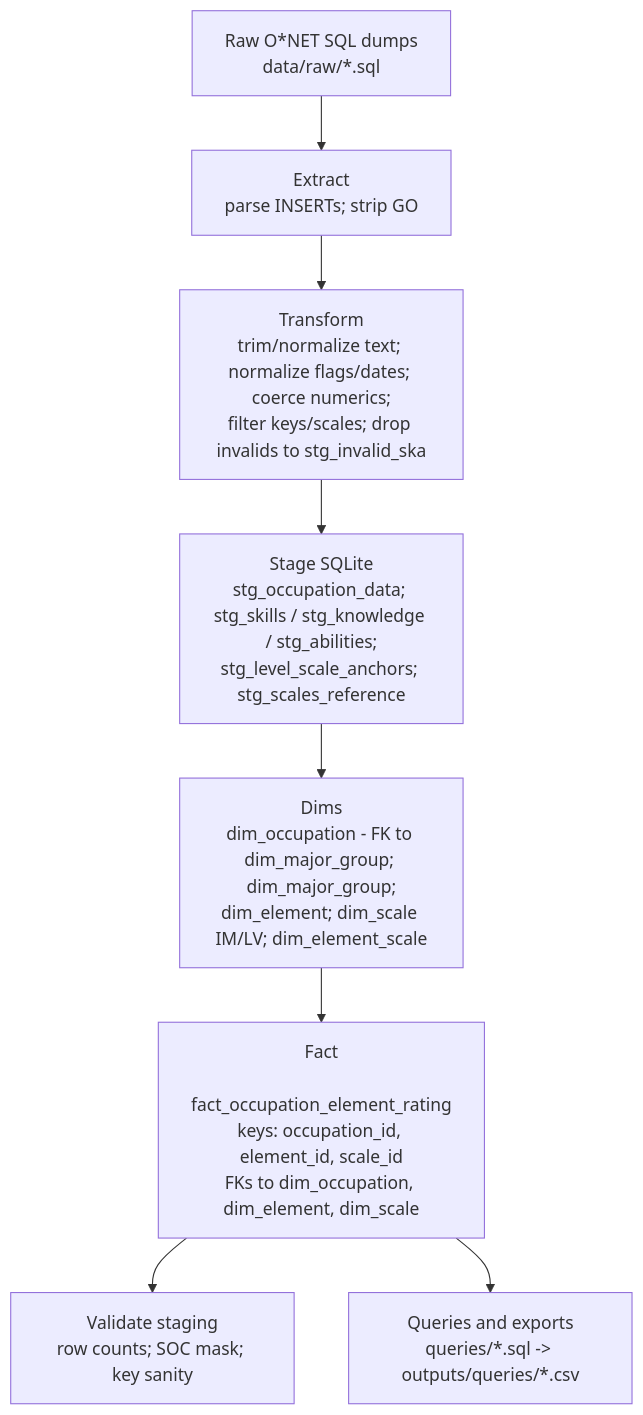
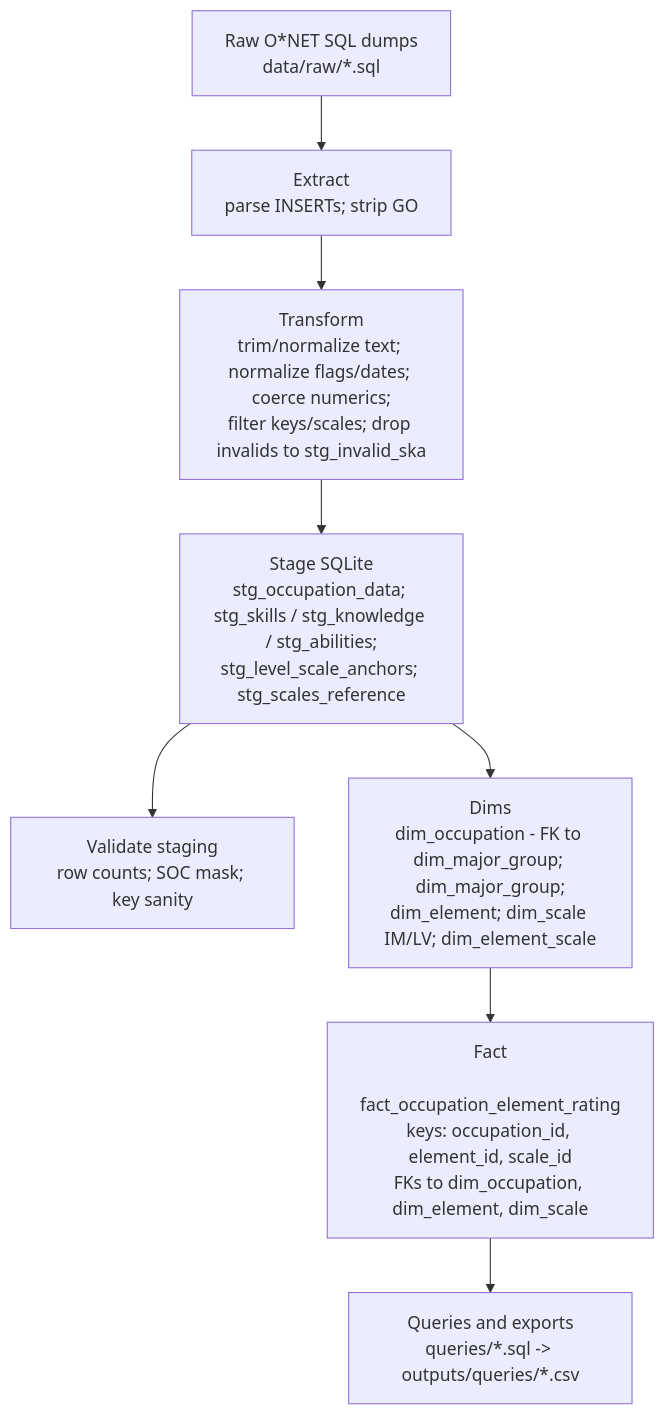
Before and after one commit to ahirsarthak/one_net_occupation_data_DW: the diagram in README.md, drawn with Mermaid. The commit also changed 9 other files, not shown here.

````diff
--- a/README.md
+++ b/README.md
@@ -54,11 +54,11 @@
 ```mermaid
 flowchart TD
   A[Raw O*NET SQL dumps<br/>data/raw/*.sql] --> B[Extract<br/>parse INSERTs; strip GO]
   B --> C[Transform<br/>trim/normalize text; normalize flags/dates; coerce numerics;<br/>filter keys/scales; drop invalids to stg_invalid_ska]
   C --> D[Stage SQLite<br/>stg_occupation_data; stg_skills / stg_knowledge / stg_abilities;<br/>stg_level_scale_anchors; stg_scales_reference]
+  D --> G[Validate staging<br/>row counts; SOC mask; key sanity]
   D --> E[Dims<br/>dim_occupation - FK to dim_major_group; dim_major_group;<br/>dim_element; dim_scale IM/LV; dim_element_scale]
   E --> F[Fact
   fact_occupation_element_rating<br/>keys: occupation_id, element_id, scale_id<br/>FKs to dim_occupation, dim_element, dim_scale]
-  F --> G[Validate staging<br/>row counts; SOC mask; key sanity]
   F --> H[Queries and exports<br/>queries/*.sql -> outputs/queries/*.csv]
 ```
````
